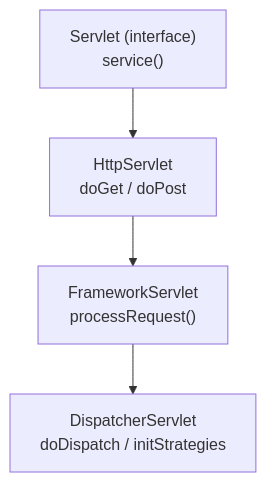
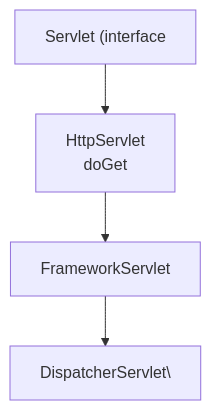
One commit to yjkim2015/yjkim2015.github.io changed the second of 14 diagrams in _posts/spring/2026-05-02-spring-mvc-deep.md. Above: the diagram before and after it, drawn with Mermaid. The commit also changed other lines of this file and 271 other files, not shown here.

First line of the commit message:
Mermaid 라벨 축소: 긴 노드 텍스트 18자 이하로 트림 + \n 제거

````diff
--- a/_posts/spring/2026-05-02-spring-mvc-deep.md
+++ b/_posts/spring/2026-05-02-spring-mvc-deep.md
@@ -92,8 +92,8 @@
 ```mermaid
 graph TD
-    A["Servlet (interface)\nservice()"]
-    B["HttpServlet\ndoGet / doPost"]
-    C["FrameworkServlet\nprocessRequest()"]
-    D["DispatcherServlet\ndoDispatch / initStrategies"]
+    A["Servlet (interface"]
+    B["HttpServlet\ndoGet"]
+    C["FrameworkServlet\n"]
+    D["DispatcherServlet\"]
     A --> B --> C --> D
 ```
````
